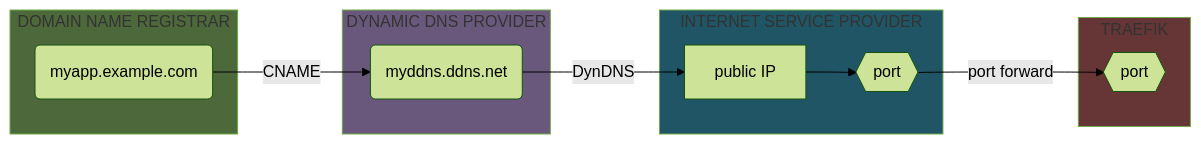
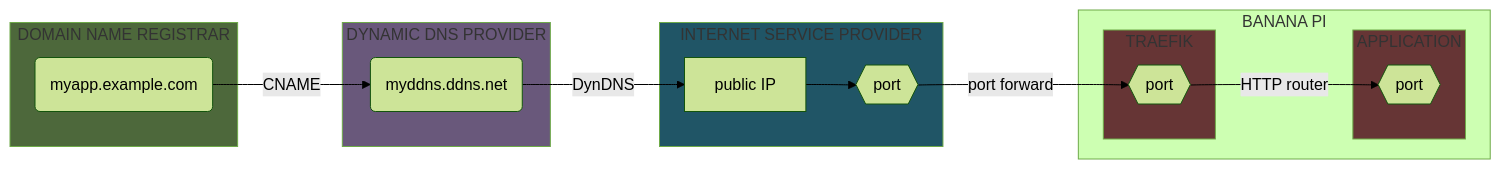
Before and after one commit to Yann39/self-hosted: the second of 9 diagrams in README.md, drawn with Mermaid (forest theme). The commit also changed other lines of this file and 1 other file, not shown here.

````diff
--- a/README.md
+++ b/README.md
@@ -581,29 +584,37 @@
 ```mermaid
 flowchart LR
     style HOSTING_PROVIDER fill: #4d683b
     style DDNS_PROVIDER fill: #69587b
     style INTERNET_SERVICE_PROVIDER fill: #205566
     style TRAEFIK_CONTAINER fill: #663535
+    style APPLICATION fill: #663535
     SUBDOMAIN_MYAPP(myapp.example.com)
     DDNS(myddns.ddns.net)
     ROUTER[public IP]
     ROUTER_PORT{{port}}
     DOCKER_TRAEFIK_PORT{{port}}
+    APPLICATION_PORT{{port}}
 
     subgraph HOSTING_PROVIDER[DOMAIN NAME REGISTRAR]
         SUBDOMAIN_MYAPP
     end
 
     subgraph DDNS_PROVIDER[DYNAMIC DNS PROVIDER]
         SUBDOMAIN_MYAPP -->|CNAME| DDNS
     end
 
     subgraph INTERNET_SERVICE_PROVIDER[INTERNET SERVICE PROVIDER]
         DDNS -->|DynDNS| ROUTER
         ROUTER --> ROUTER_PORT
     end
+        
+    subgraph BANANAPI[BANANA PI]
+        subgraph TRAEFIK_CONTAINER[TRAEFIK]
+            ROUTER_PORT -->|port forward| DOCKER_TRAEFIK_PORT
+        end
 
-    subgraph TRAEFIK_CONTAINER[TRAEFIK]
-        ROUTER_PORT -->|port forward| DOCKER_TRAEFIK_PORT
+        subgraph APPLICATION[APPLICATION]
+            DOCKER_TRAEFIK_PORT -->|HTTP router| APPLICATION_PORT
+        end
     end
 ```
````
